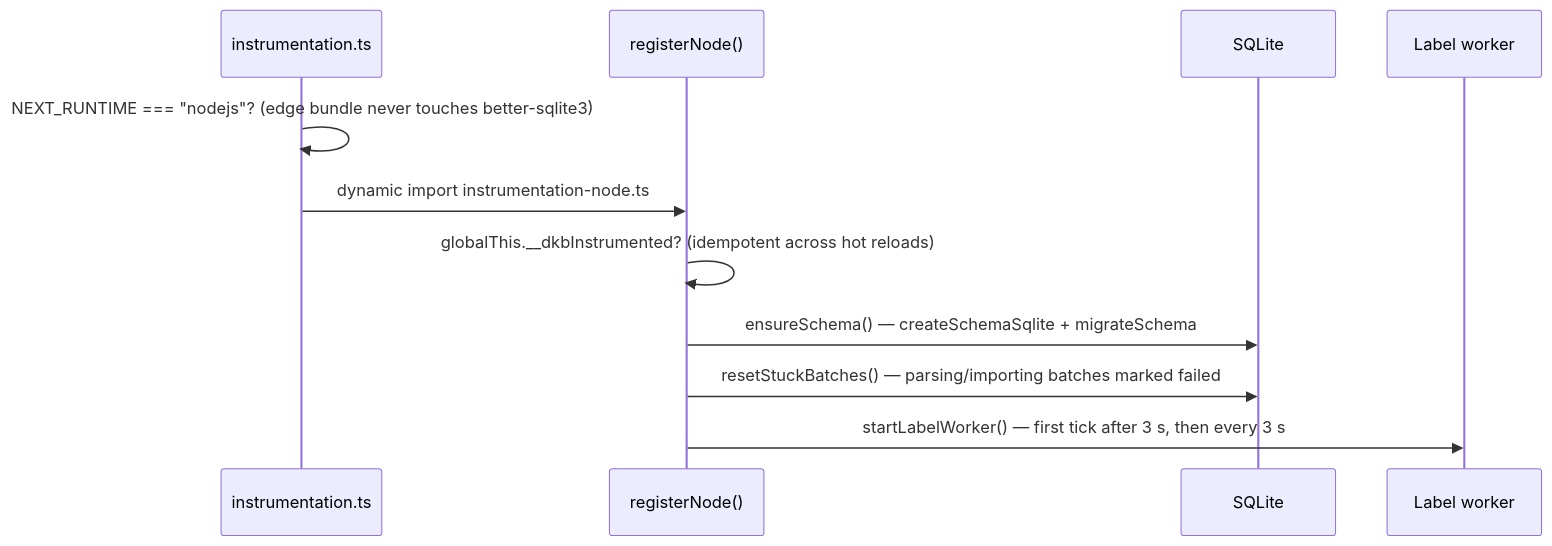
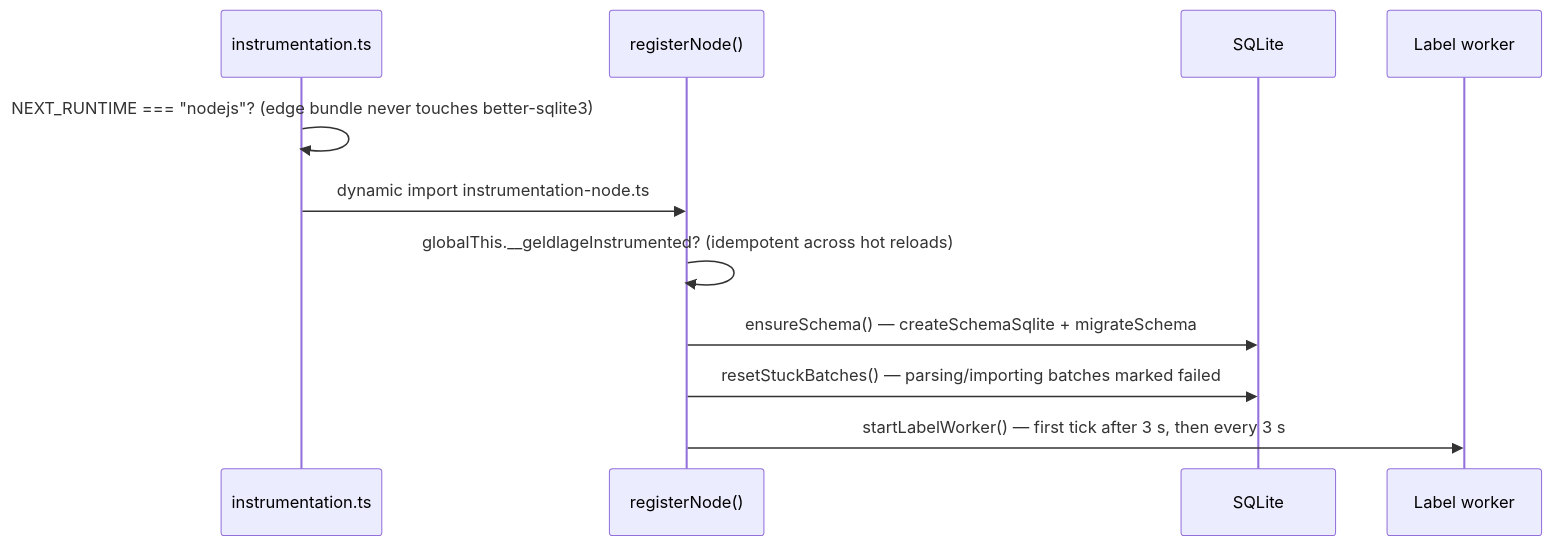
One commit to j-stechmann/dkb-csv-export-analysis changed the second of 3 diagrams in docs/architecture.md. Above: the diagram before and after it, drawn with Mermaid. The commit also changed other lines of this file and 18 other files, not shown here.

````diff
--- a/docs/architecture.md
+++ b/docs/architecture.md
@@ -73,13 +73,13 @@
 ```mermaid
 sequenceDiagram
   participant I as instrumentation.ts
   participant R as registerNode()
   participant DB as SQLite
   participant W as Label worker
   I->>I: NEXT_RUNTIME === "nodejs"? (edge bundle never touches better-sqlite3)
   I->>R: dynamic import instrumentation-node.ts
-  R->>R: globalThis.__dkbInstrumented? (idempotent across hot reloads)
+  R->>R: globalThis.__geldlageInstrumented? (idempotent across hot reloads)
   R->>DB: ensureSchema() — createSchemaSqlite + migrateSchema
   R->>DB: resetStuckBatches() — parsing/importing batches marked failed
   R->>W: startLabelWorker() — first tick after 3 s, then every 3 s
 ```
````
